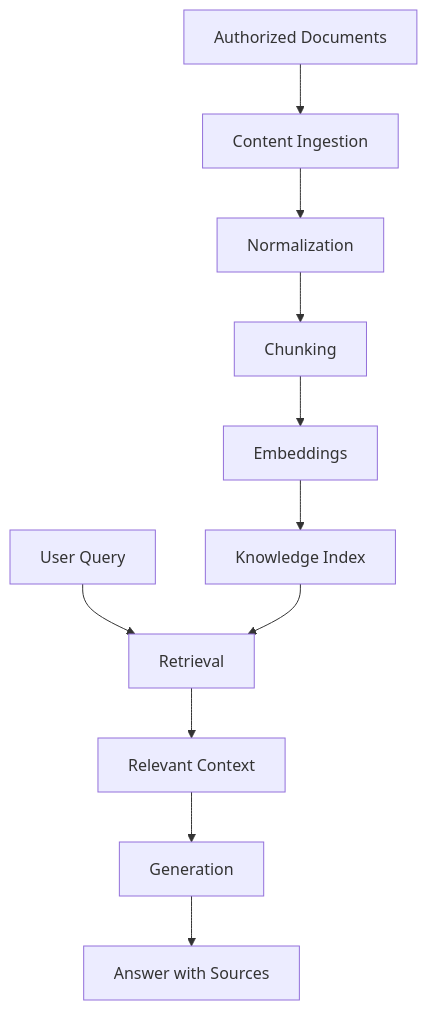
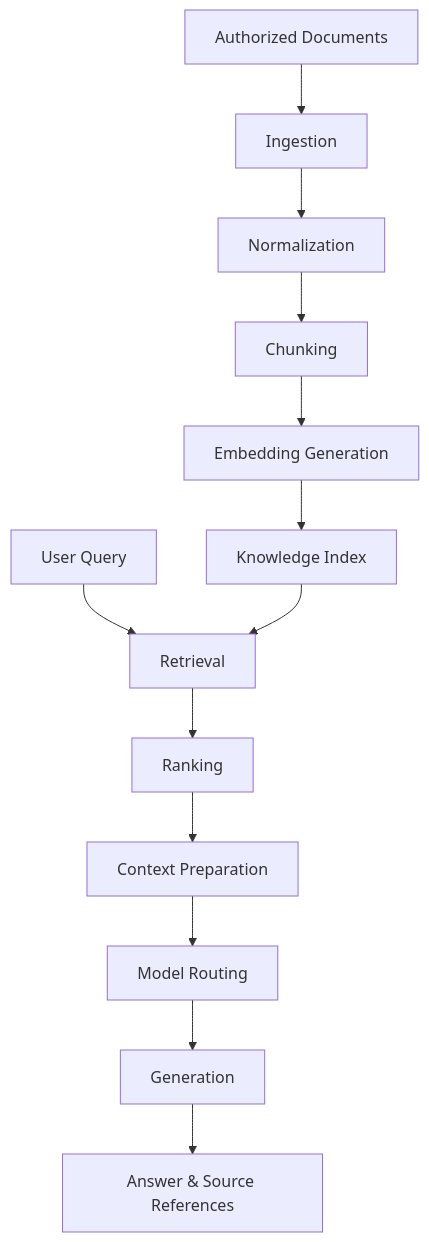
One commit to EvansAbraham/SyncSphere changed the second of 2 diagrams in docs/AI_MODERNIZATION_ROADMAP.md. Above: the diagram before and after it, drawn with Mermaid. The commit also changed other lines of this file, not shown here.

Commit message:
docs(ai): update modernization roadmap to v0.2

````diff
--- a/docs/AI_MODERNIZATION_ROADMAP.md
+++ b/docs/AI_MODERNIZATION_ROADMAP.md
@@ -199,13 +280,15 @@
 ```mermaid
 flowchart TD
-    DOC[Authorized Documents] --> INGEST[Content Ingestion]
-    INGEST --> CLEAN[Normalization]
-    CLEAN --> CHUNK[Chunking]
-    CHUNK --> EMBED[Embeddings]
+    DOC[Authorized Documents] --> INGEST[Ingestion]
+    INGEST --> NORMALIZE[Normalization]
+    NORMALIZE --> CHUNK[Chunking]
+    CHUNK --> EMBED[Embedding Generation]
     EMBED --> INDEX[Knowledge Index]
     QUERY[User Query] --> RETRIEVE[Retrieval]
     INDEX --> RETRIEVE
-    RETRIEVE --> CONTEXT[Relevant Context]
-    CONTEXT --> AI[Generation]
-    AI --> ANSWER[Answer with Sources]
+    RETRIEVE --> RANK[Ranking]
+    RANK --> CONTEXT[Context Preparation]
+    CONTEXT --> ROUTER[Model Routing]
+    ROUTER --> AI[Generation]
+    AI --> SOURCES[Answer & Source References]
 ```
````
